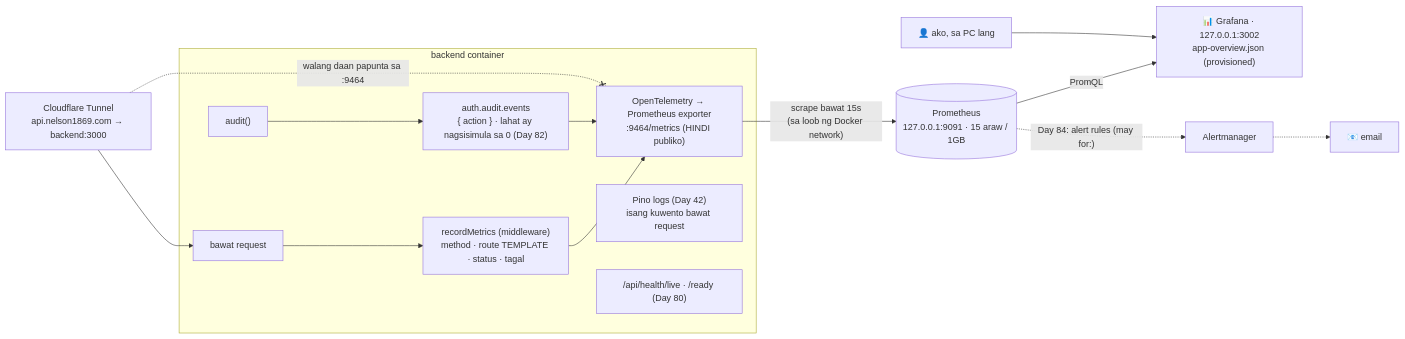
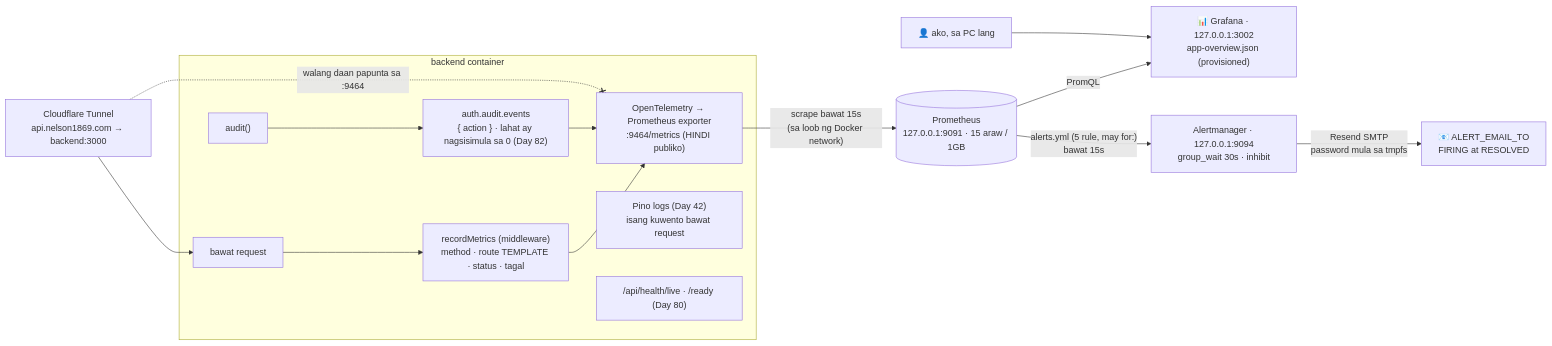
The first of 2 diagrams in docs/diagrams/22-observability.md (nelson1869-ai/auth-learning), drawn with Mermaid before and after one commit. The commit also changed other lines of this file and 7 other files, not shown here.

First line of the commit message:
docs: Day 84 alerts — .http 29, diagram 22 alert lifecycle, journal

````diff
--- a/docs/diagrams/22-observability.md
+++ b/docs/diagrams/22-observability.md
@@ -8,17 +8,18 @@
 ```mermaid
 flowchart LR
     subgraph APP["backend container"]
         Req["bawat request"] --> MW["recordMetrics (middleware)<br/>method · route TEMPLATE · status · tagal"]
         Aud["audit()"] --> Cnt["auth.audit.events<br/>{ action } · lahat ay nagsisimula sa 0 (Day 82)"]
         MW --> Exp["OpenTelemetry → Prometheus exporter<br/>:9464/metrics (HINDI publiko)"]
         Cnt --> Exp
         Log["Pino logs (Day 42)<br/>isang kuwento bawat request"]
         Health["/api/health/live · /ready (Day 80)"]
     end
     Exp -->|"scrape bawat 15s<br/>(sa loob ng Docker network)"| Prom[("Prometheus<br/>127.0.0.1:9091 · 15 araw / 1GB")]
     Prom -->|"PromQL"| Graf["📊 Grafana · 127.0.0.1:3002<br/>app-overview.json (provisioned)"]
     Me["👤 ako, sa PC lang"] --> Graf
-    Prom -.->|"Day 84: alert rules (may for:)"| AM["Alertmanager"] -.-> Mail["📧 email"]
+    Prom -->|"alerts.yml (5 rule, may for:)<br/>bawat 15s"| AM["Alertmanager · 127.0.0.1:9094<br/>group_wait 30s · inhibit"]
+    AM -->|"Resend SMTP<br/>password mula sa tmpfs"| Mail["📧 ALERT_EMAIL_TO<br/>FIRING at RESOLVED"]
     Tunnel["Cloudflare Tunnel<br/>api.nelson1869.com → backend:3000"] --> Req
     Tunnel -. "walang daan papunta sa :9464" .-x Exp
 ```
````
